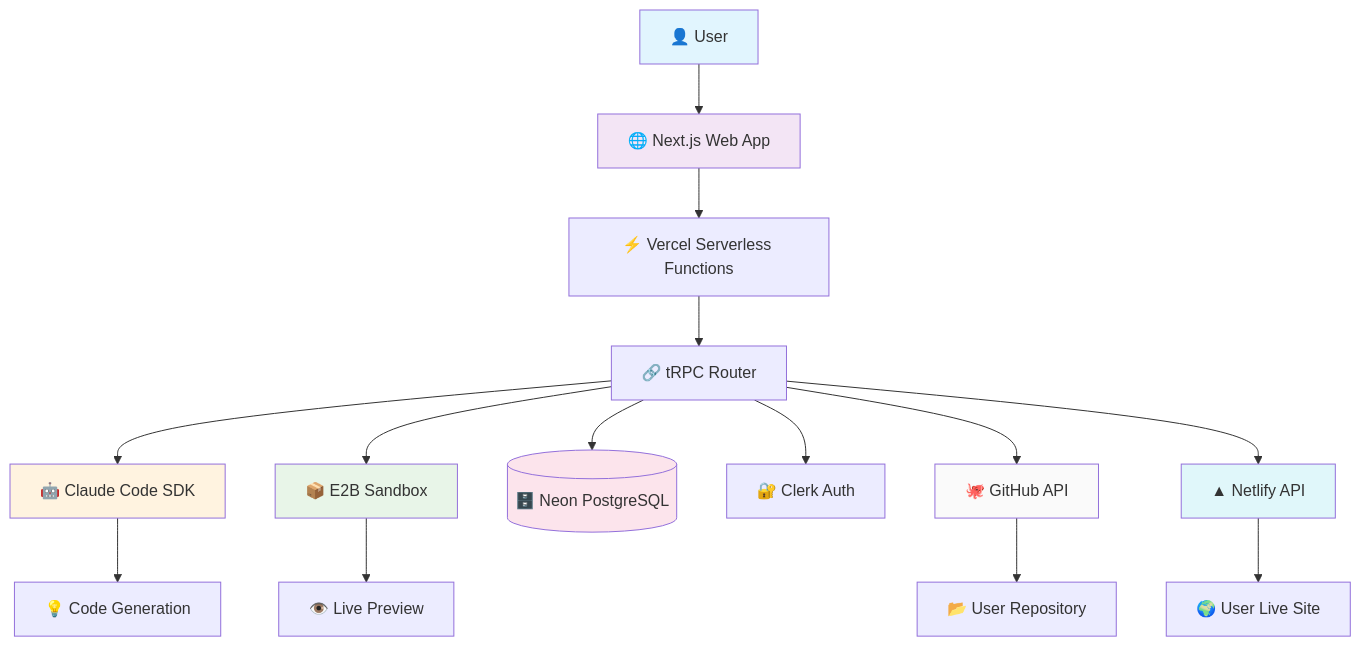
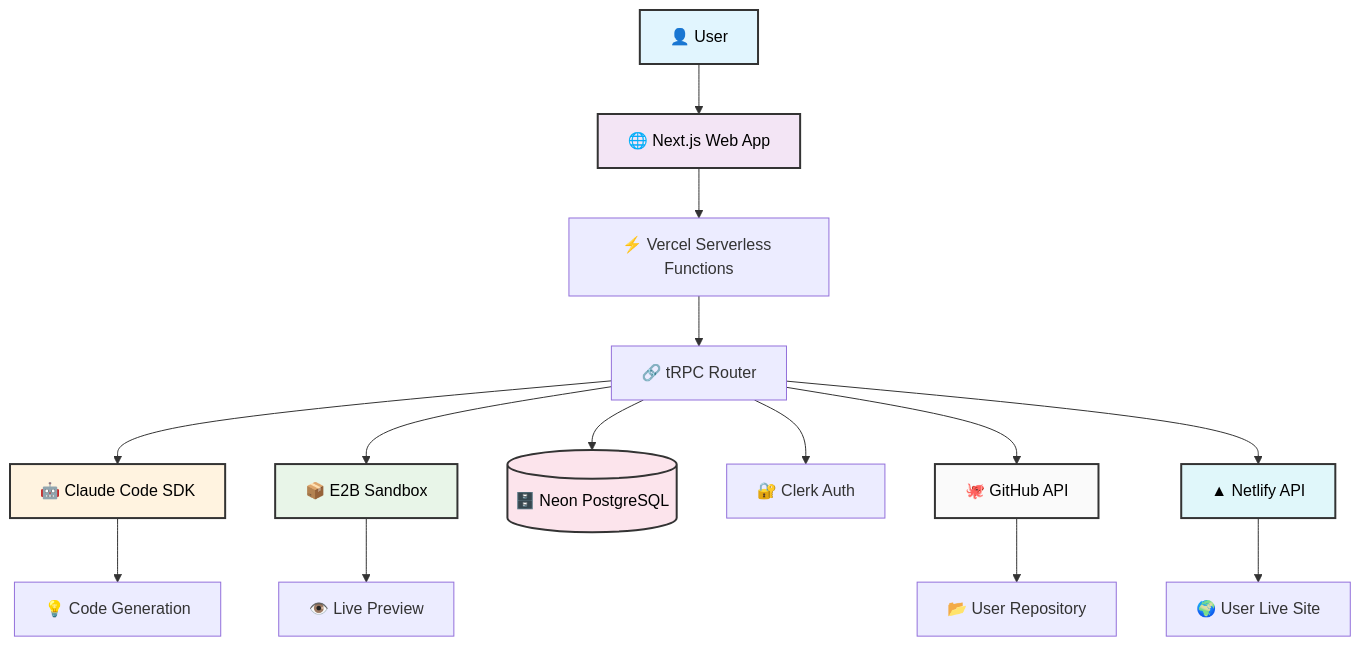
Before and after one commit to Flychuban/Stryama: the first of 5 diagrams in docs/architecture.md, drawn with Mermaid. The commit also changed other lines of this file, not shown here.

First line of the commit message:
Enhance architecture documentation with improved diagram styles

````diff
--- a/docs/architecture.md
+++ b/docs/architecture.md
@@ -48,26 +48,26 @@
 ```mermaid
 graph TB
     User[👤 User] --> Web[🌐 Next.js Web App]
     Web --> Edge[⚡ Vercel Serverless Functions]
 
     Edge --> tRPC[🔗 tRPC Router]
     tRPC --> Claude[🤖 Claude Code SDK]
     tRPC --> E2B[📦 E2B Sandbox]
     tRPC --> DB[(🗄️  Neon PostgreSQL)]
     tRPC --> Auth[🔐 Clerk Auth]
     tRPC --> GitHub[🐙 GitHub API]
     tRPC --> Netlify[▲ Netlify API]
 
     Claude --> AIGen[💡 Code Generation]
     E2B --> Preview[👁️ Live Preview]
     GitHub --> Repo[📂 User Repository]
     Netlify --> LiveSite[🌍 User Live Site]
 
-    style User fill:#e1f5fe
-    style Web fill:#f3e5f5
-    style Claude fill:#fff3e0
-    style E2B fill:#e8f5e8
-    style DB fill:#fce4ec
-    style GitHub fill:#fafafa
-    style Netlify fill:#e0f7fa
+    style User fill:#e1f5fe,stroke:#333,stroke-width:2px,color:#000
+    style Web fill:#f3e5f5,stroke:#333,stroke-width:2px,color:#000
+    style Claude fill:#fff3e0,stroke:#333,stroke-width:2px,color:#000
+    style E2B fill:#e8f5e8,stroke:#333,stroke-width:2px,color:#000
+    style DB fill:#fce4ec,stroke:#333,stroke-width:2px,color:#000
+    style GitHub fill:#fafafa,stroke:#333,stroke-width:2px,color:#000
+    style Netlify fill:#e0f7fa,stroke:#333,stroke-width:2px,color:#000
 ```
````
